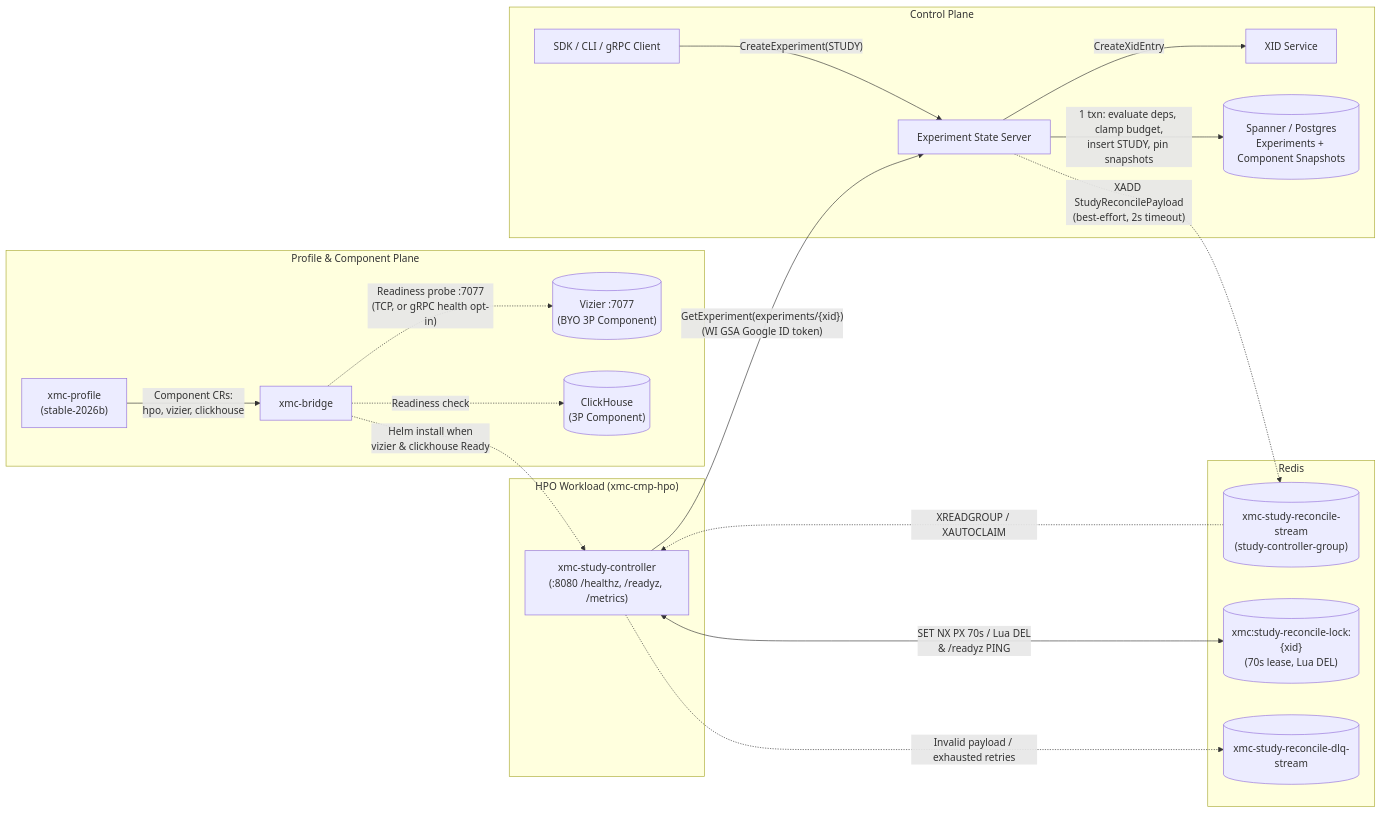
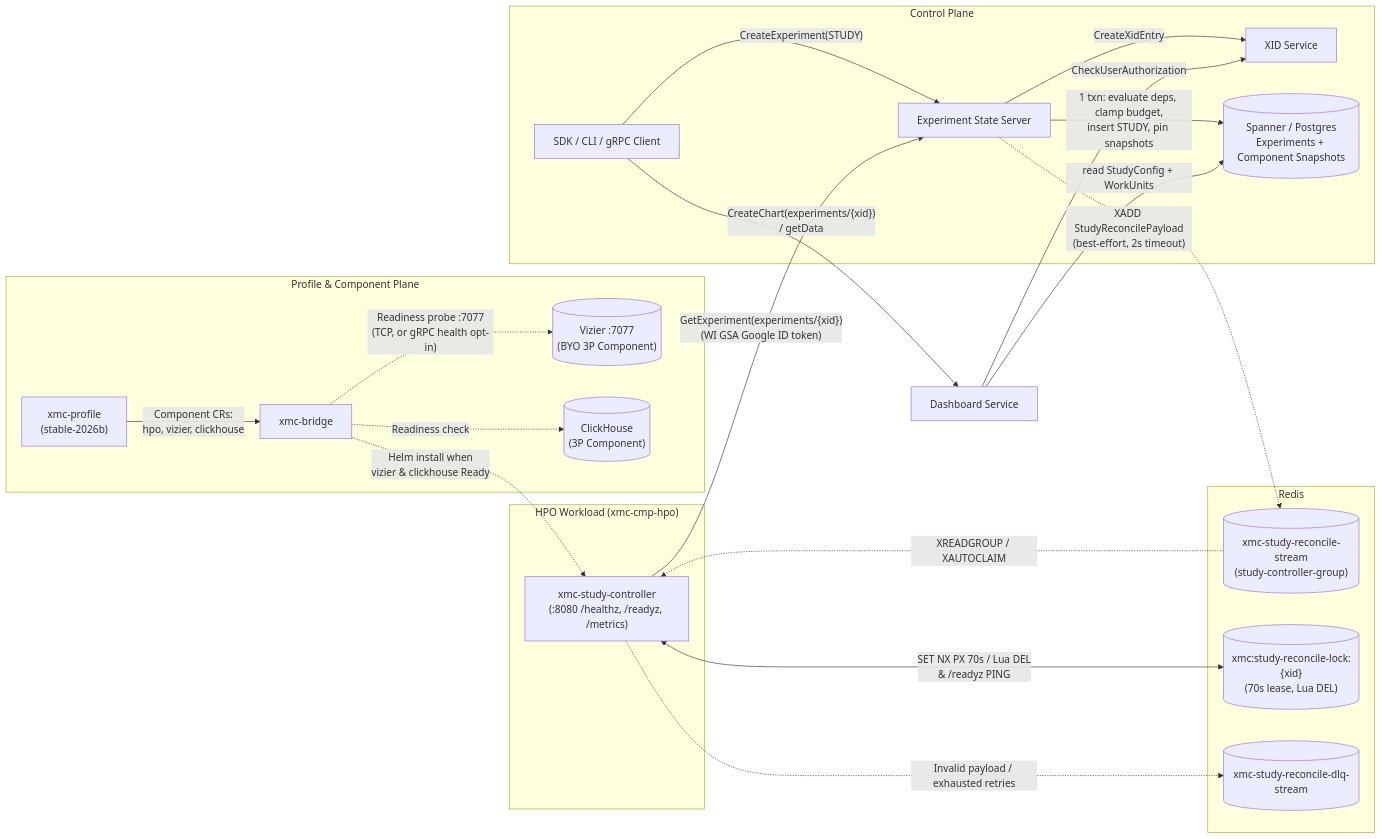
Before and after one commit to google/xmc: the first of 3 diagrams in docs/flows/study_lifecycle.md, drawn with Mermaid. The commit also changed other lines of this file and 17 other files, not shown here.

First line of the commit message:
feat(dashboard): serve parallel-coordinates data for study charts (#1737)

````diff
--- a/docs/flows/study_lifecycle.md
+++ b/docs/flows/study_lifecycle.md
@@ -28,41 +28,47 @@
 ```mermaid
 flowchart LR
     subgraph Admin["Profile & Component Plane"]
         Prof["xmc-profile<br/>(stable-2026b)"]
         Bridge["xmc-bridge"]
         Viz[("Vizier :7077<br/>(BYO 3P Component)")]
         CH[("ClickHouse<br/>(3P Component)")]
     end
 
     subgraph Control["Control Plane"]
         Client["SDK / CLI / gRPC Client"]
         ESS["Experiment State Server"]
         XID["XID Service"]
         DB[("Spanner / Postgres<br/>Experiments + Component Snapshots")]
     end
 
     subgraph Bus["Redis"]
         Stream[("xmc-study-reconcile-stream<br/>(study-controller-group)")]
         Lock[("xmc:study-reconcile-lock:{xid}<br/>(70s lease, Lua DEL)")]
         DLQ[("xmc-study-reconcile-dlq-stream")]
     end
 
     subgraph HPO["HPO Workload (xmc-cmp-hpo)"]
         SC["xmc-study-controller<br/>(:8080 /healthz, /readyz, /metrics)"]
     end
 
+    DS["Dashboard Service"]
+
     Prof -->|"Component CRs:<br/>hpo, vizier, clickhouse"| Bridge
     Bridge -.->|"Readiness probe :7077<br/>(TCP, or gRPC health opt-in)"| Viz
     Bridge -.->|"Readiness check"| CH
     Bridge -.->|"Helm install when<br/>vizier & clickhouse Ready"| SC
 
     Client -->|"CreateExperiment(STUDY)"| ESS
     ESS -->|"CreateXidEntry"| XID
     ESS -->|"1 txn: evaluate deps, clamp budget,<br/>insert STUDY, pin snapshots"| DB
     ESS -.->|"XADD StudyReconcilePayload<br/>(best-effort, 2s timeout)"| Stream
 
     Stream -.->|"XREADGROUP / XAUTOCLAIM"| SC
     SC <-->|"SET NX PX 70s / Lua DEL<br/>& /readyz PING"| Lock
     SC -->|"GetExperiment(experiments/{xid})<br/>(WI GSA Google ID token)"| ESS
     SC -.->|"Invalid payload / exhausted retries"| DLQ
+
+    Client -->|"CreateChart(experiments/{xid})<br/>/ getData"| DS
+    DS -->|"CheckUserAuthorization"| XID
+    DS -->|"read StudyConfig + WorkUnits"| DB
 ```
````
